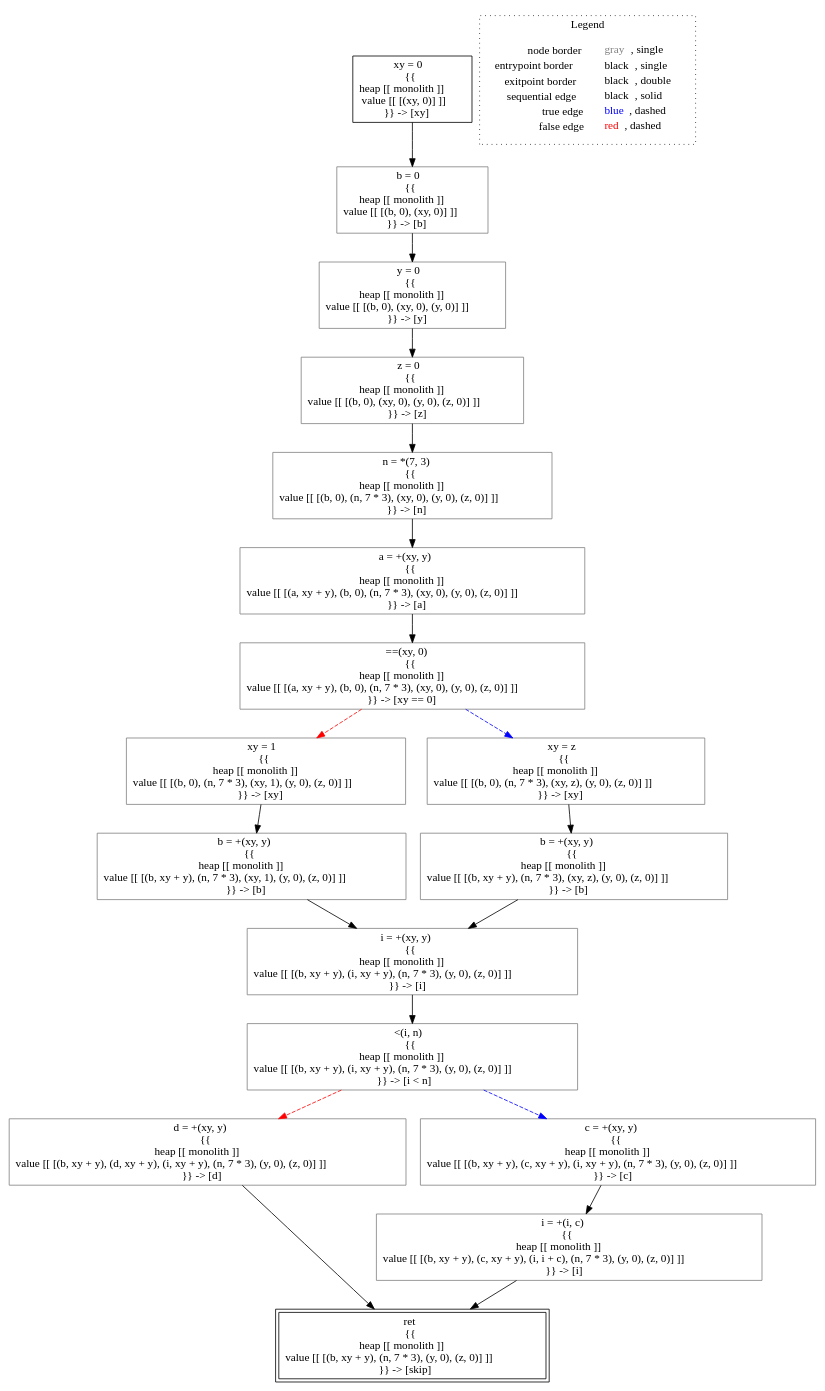
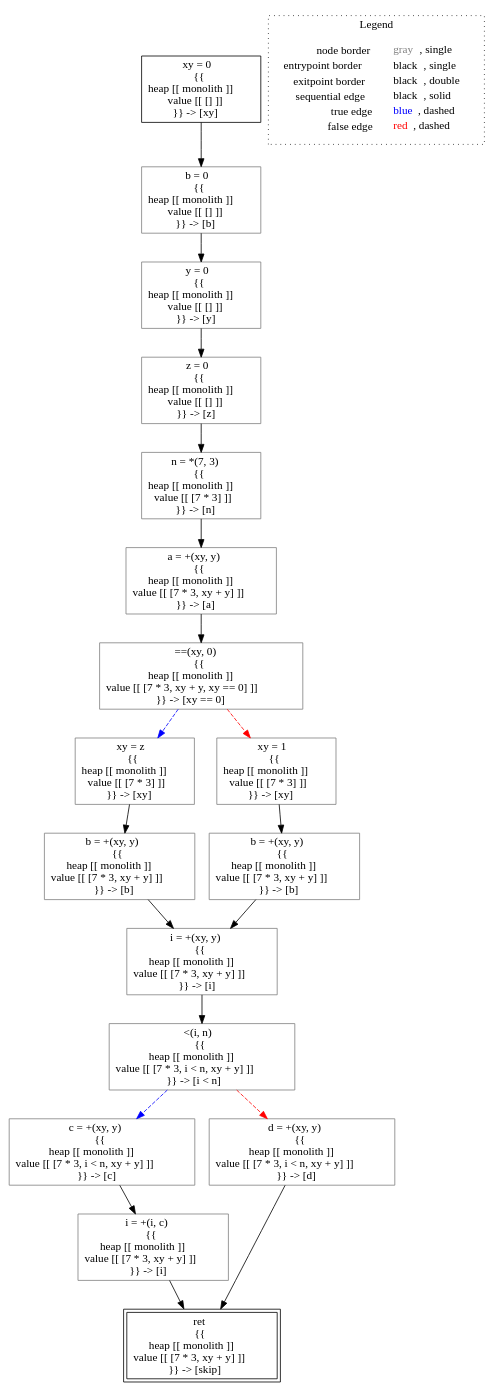
One commit to lisa-analyzer/lisa changed the diagram in lisa/imp-testcases/available-expressions/analysis___untyped_ae.f4(ae_this).dot. Above: the diagram before and after it, drawn with Graphviz. The commit also changed 9 other files, not shown here.

```diff
--- a/lisa/imp-testcases/available-expressions/analysis___untyped_ae.f4(ae_this).dot
+++ b/lisa/imp-testcases/available-expressions/analysis___untyped_ae.f4(ae_this).dot
@@ -1,44 +1,44 @@
 digraph {
-	"node0" [shape="rect",color="black",label=<xy = 0<BR/>{{<BR/>heap [[ monolith ]]<BR/>value [[ [(xy, 0)] ]]<BR/>}} -&gt; [xy]>];
-	"node1" [shape="rect",color="gray",label=<==(xy, 0)<BR/>{{<BR/>heap [[ monolith ]]<BR/>value [[ [(a, xy + y), (b, 0), (n, 7 * 3), (xy, 0), (y, 0), (z, 0)] ]]<BR/>}} -&gt; [xy == 0]>];
-	"node2" [shape="rect",color="gray",label=<d = +(xy, y)<BR/>{{<BR/>heap [[ monolith ]]<BR/>value [[ [(b, xy + y), (d, xy + y), (i, xy + y), (n, 7 * 3), (y, 0), (z, 0)] ]]<BR/>}} -&gt; [d]>];
-	"node3" [shape="rect",color="gray",label=<c = +(xy, y)<BR/>{{<BR/>heap [[ monolith ]]<BR/>value [[ [(b, xy + y), (c, xy + y), (i, xy + y), (n, 7 * 3), (y, 0), (z, 0)] ]]<BR/>}} -&gt; [c]>];
-	"node4" [shape="rect",color="gray",label=<y = 0<BR/>{{<BR/>heap [[ monolith ]]<BR/>value [[ [(b, 0), (xy, 0), (y, 0)] ]]<BR/>}} -&gt; [y]>];
-	"node5" [shape="rect",color="gray",label=<a = +(xy, y)<BR/>{{<BR/>heap [[ monolith ]]<BR/>value [[ [(a, xy + y), (b, 0), (n, 7 * 3), (xy, 0), (y, 0), (z, 0)] ]]<BR/>}} -&gt; [a]>];
-	"node6" [shape="rect",color="black",peripheries="2",label=<ret<BR/>{{<BR/>heap [[ monolith ]]<BR/>value [[ [(b, xy + y), (n, 7 * 3), (y, 0), (z, 0)] ]]<BR/>}} -&gt; [skip]>];
-	"node7" [shape="rect",color="gray",label=<z = 0<BR/>{{<BR/>heap [[ monolith ]]<BR/>value [[ [(b, 0), (xy, 0), (y, 0), (z, 0)] ]]<BR/>}} -&gt; [z]>];
-	"node8" [shape="rect",color="gray",label=<xy = 1<BR/>{{<BR/>heap [[ monolith ]]<BR/>value [[ [(b, 0), (n, 7 * 3), (xy, 1), (y, 0), (z, 0)] ]]<BR/>}} -&gt; [xy]>];
-	"node9" [shape="rect",color="gray",label=<xy = z<BR/>{{<BR/>heap [[ monolith ]]<BR/>value [[ [(b, 0), (n, 7 * 3), (xy, z), (y, 0), (z, 0)] ]]<BR/>}} -&gt; [xy]>];
-	"node10" [shape="rect",color="gray",label=<i = +(i, c)<BR/>{{<BR/>heap [[ monolith ]]<BR/>value [[ [(b, xy + y), (c, xy + y), (i, i + c), (n, 7 * 3), (y, 0), (z, 0)] ]]<BR/>}} -&gt; [i]>];
-	"node11" [shape="rect",color="gray",label=<n = *(7, 3)<BR/>{{<BR/>heap [[ monolith ]]<BR/>value [[ [(b, 0), (n, 7 * 3), (xy, 0), (y, 0), (z, 0)] ]]<BR/>}} -&gt; [n]>];
-	"node12" [shape="rect",color="gray",label=<b = 0<BR/>{{<BR/>heap [[ monolith ]]<BR/>value [[ [(b, 0), (xy, 0)] ]]<BR/>}} -&gt; [b]>];
-	"node13" [shape="rect",color="gray",label=<&lt;(i, n)<BR/>{{<BR/>heap [[ monolith ]]<BR/>value [[ [(b, xy + y), (i, xy + y), (n, 7 * 3), (y, 0), (z, 0)] ]]<BR/>}} -&gt; [i &lt; n]>];
-	"node14" [shape="rect",color="gray",label=<b = +(xy, y)<BR/>{{<BR/>heap [[ monolith ]]<BR/>value [[ [(b, xy + y), (n, 7 * 3), (xy, z), (y, 0), (z, 0)] ]]<BR/>}} -&gt; [b]>];
-	"node15" [shape="rect",color="gray",label=<b = +(xy, y)<BR/>{{<BR/>heap [[ monolith ]]<BR/>value [[ [(b, xy + y), (n, 7 * 3), (xy, 1), (y, 0), (z, 0)] ]]<BR/>}} -&gt; [b]>];
-	"node16" [shape="rect",color="gray",label=<i = +(xy, y)<BR/>{{<BR/>heap [[ monolith ]]<BR/>value [[ [(b, xy + y), (i, xy + y), (n, 7 * 3), (y, 0), (z, 0)] ]]<BR/>}} -&gt; [i]>];
-	"node1" -> "node9" [color="blue",style="dashed"];
-	"node1" -> "node8" [color="red",style="dashed"];
-	"node2" -> "node6" [color="black"];
-	"node3" -> "node10" [color="black"];
-	"node4" -> "node7" [color="black"];
-	"node5" -> "node1" [color="black"];
-	"node7" -> "node11" [color="black"];
-	"node8" -> "node15" [color="black"];
-	"node9" -> "node14" [color="black"];
-	"node10" -> "node6" [color="black"];
-	"node11" -> "node5" [color="black"];
-	"node0" -> "node12" [color="black"];
-	"node12" -> "node4" [color="black"];
-	"node13" -> "node2" [color="red",style="dashed"];
-	"node13" -> "node3" [color="blue",style="dashed"];
-	"node14" -> "node16" [color="black"];
-	"node15" -> "node16" [color="black"];
-	"node16" -> "node13" [color="black"];
+	"node0" [shape="rect",color="black",label=<xy = 0<BR/>{{<BR/>heap [[ monolith ]]<BR/>value [[ [] ]]<BR/>}} -&gt; [xy]>];
+	"node1" [shape="rect",color="gray",label=<c = +(xy, y)<BR/>{{<BR/>heap [[ monolith ]]<BR/>value [[ [7 * 3, i &lt; n, xy + y] ]]<BR/>}} -&gt; [c]>];
+	"node2" [shape="rect",color="gray",label=<a = +(xy, y)<BR/>{{<BR/>heap [[ monolith ]]<BR/>value [[ [7 * 3, xy + y] ]]<BR/>}} -&gt; [a]>];
+	"node3" [shape="rect",color="gray",label=<xy = z<BR/>{{<BR/>heap [[ monolith ]]<BR/>value [[ [7 * 3] ]]<BR/>}} -&gt; [xy]>];
+	"node4" [shape="rect",color="gray",label=<==(xy, 0)<BR/>{{<BR/>heap [[ monolith ]]<BR/>value [[ [7 * 3, xy + y, xy == 0] ]]<BR/>}} -&gt; [xy == 0]>];
+	"node5" [shape="rect",color="gray",label=<xy = 1<BR/>{{<BR/>heap [[ monolith ]]<BR/>value [[ [7 * 3] ]]<BR/>}} -&gt; [xy]>];
+	"node6" [shape="rect",color="gray",label=<i = +(i, c)<BR/>{{<BR/>heap [[ monolith ]]<BR/>value [[ [7 * 3, xy + y] ]]<BR/>}} -&gt; [i]>];
+	"node7" [shape="rect",color="black",peripheries="2",label=<ret<BR/>{{<BR/>heap [[ monolith ]]<BR/>value [[ [7 * 3, xy + y] ]]<BR/>}} -&gt; [skip]>];
+	"node8" [shape="rect",color="gray",label=<i = +(xy, y)<BR/>{{<BR/>heap [[ monolith ]]<BR/>value [[ [7 * 3, xy + y] ]]<BR/>}} -&gt; [i]>];
+	"node9" [shape="rect",color="gray",label=<b = +(xy, y)<BR/>{{<BR/>heap [[ monolith ]]<BR/>value [[ [7 * 3, xy + y] ]]<BR/>}} -&gt; [b]>];
+	"node10" [shape="rect",color="gray",label=<&lt;(i, n)<BR/>{{<BR/>heap [[ monolith ]]<BR/>value [[ [7 * 3, i &lt; n, xy + y] ]]<BR/>}} -&gt; [i &lt; n]>];
+	"node11" [shape="rect",color="gray",label=<y = 0<BR/>{{<BR/>heap [[ monolith ]]<BR/>value [[ [] ]]<BR/>}} -&gt; [y]>];
+	"node12" [shape="rect",color="gray",label=<z = 0<BR/>{{<BR/>heap [[ monolith ]]<BR/>value [[ [] ]]<BR/>}} -&gt; [z]>];
+	"node13" [shape="rect",color="gray",label=<b = +(xy, y)<BR/>{{<BR/>heap [[ monolith ]]<BR/>value [[ [7 * 3, xy + y] ]]<BR/>}} -&gt; [b]>];
+	"node14" [shape="rect",color="gray",label=<n = *(7, 3)<BR/>{{<BR/>heap [[ monolith ]]<BR/>value [[ [7 * 3] ]]<BR/>}} -&gt; [n]>];
+	"node15" [shape="rect",color="gray",label=<b = 0<BR/>{{<BR/>heap [[ monolith ]]<BR/>value [[ [] ]]<BR/>}} -&gt; [b]>];
+	"node16" [shape="rect",color="gray",label=<d = +(xy, y)<BR/>{{<BR/>heap [[ monolith ]]<BR/>value [[ [7 * 3, i &lt; n, xy + y] ]]<BR/>}} -&gt; [d]>];
+	"node1" -> "node6" [color="black"];
+	"node0" -> "node15" [color="black"];
+	"node2" -> "node4" [color="black"];
+	"node3" -> "node9" [color="black"];
+	"node4" -> "node3" [color="blue",style="dashed"];
+	"node4" -> "node5" [color="red",style="dashed"];
+	"node5" -> "node13" [color="black"];
+	"node6" -> "node7" [color="black"];
+	"node8" -> "node10" [color="black"];
+	"node9" -> "node8" [color="black"];
+	"node10" -> "node1" [color="blue",style="dashed"];
+	"node10" -> "node16" [color="red",style="dashed"];
+	"node11" -> "node12" [color="black"];
+	"node12" -> "node14" [color="black"];
+	"node13" -> "node8" [color="black"];
+	"node14" -> "node2" [color="black"];
+	"node15" -> "node11" [color="black"];
+	"node16" -> "node7" [color="black"];
 subgraph cluster_legend {
 	label="Legend";
 	style=dotted;
 	node [shape=plaintext];
 	"legend" [label=<<table border="0" cellpadding="2" cellspacing="0" cellborder="0"><tr><td align="right">node border&nbsp;</td><td align="left"><font color="gray">gray</font>, single</td></tr><tr><td align="right">entrypoint border&nbsp;</td><td align="left"><font color="black">black</font>, single</td></tr><tr><td align="right">exitpoint border&nbsp;</td><td align="left"><font color="black">black</font>, double</td></tr><tr><td align="right">sequential edge&nbsp;</td><td align="left"><font color="black">black</font>, solid</td></tr><tr><td align="right">true edge&nbsp;</td><td align="left"><font color="blue">blue</font>, dashed</td></tr><tr><td align="right">false edge&nbsp;</td><td align="left"><font color="red">red</font>, dashed</td></tr></table>>];
 }
 
 }
```
